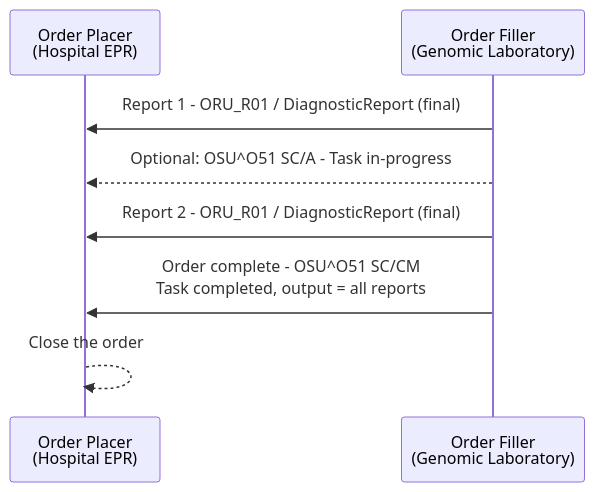
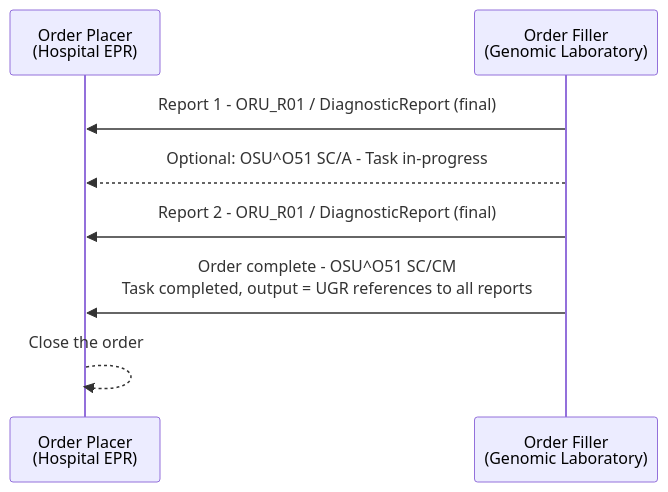
One commit to nw-gmsa/nw-gmsa.github.com changed the second of 2 diagrams in input/pagecontent/PCC-57.md. Above: the diagram before and after it, drawn with Mermaid. The commit also changed other lines of this file and 4 other files, not shown here.

First line of the commit message:
O51 outcome: MessageHeader and Task only; reports referenced in UGR

````diff
--- a/input/pagecontent/PCC-57.md
+++ b/input/pagecontent/PCC-57.md
@@ -101,10 +102,10 @@
 ```mermaid
 sequenceDiagram
     participant OP as Order Placer<br/>(Hospital EPR)
     participant OF as Order Filler<br/>(Genomic Laboratory)
     OF ->> OP: Report 1 - ORU_R01 / DiagnosticReport (final)
     OF -->> OP: Optional: OSU^O51 SC/A - Task in-progress
     OF ->> OP: Report 2 - ORU_R01 / DiagnosticReport (final)
-    OF ->> OP: Order complete - OSU^O51 SC/CM<br/>Task completed, output = all reports
+    OF ->> OP: Order complete - OSU^O51 SC/CM<br/>Task completed, output = UGR references to all reports
     OP -->> OP: Close the order
 ```
````
